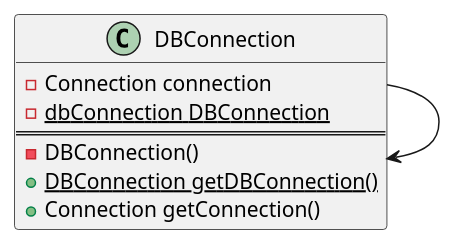
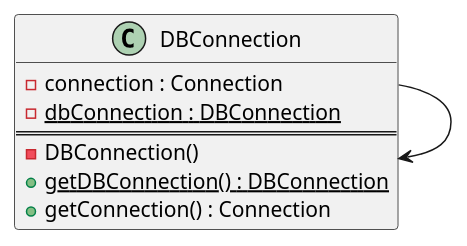
One commit to reza-hdrm/DesignPatterns changed the diagram in src/main/java/com/rezahdrm/creational/singleton/classDiagram.puml. Above: the diagram before and after it, drawn with PlantUML. The commit also changed 20 other files, not shown here.

```diff
--- a/src/main/java/com/rezahdrm/creational/singleton/classDiagram.puml
+++ b/src/main/java/com/rezahdrm/creational/singleton/classDiagram.puml
@@ -1,12 +1,12 @@
 @startuml
 class DBConnection{
-   - Connection connection
-   - {static} dbConnection DBConnection
+   - connection : Connection
+   - {static} dbConnection : DBConnection
    ==
    - DBConnection()
-   + {static} DBConnection getDBConnection()
-   + Connection getConnection()
+   + {static} getDBConnection() : DBConnection
+   + getConnection() : Connection
 }
 
 DBConnection -> DBConnection
 @enduml
```
